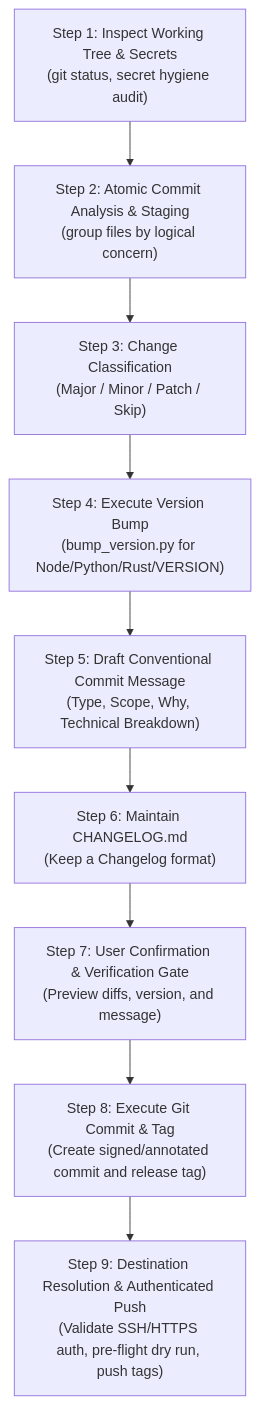
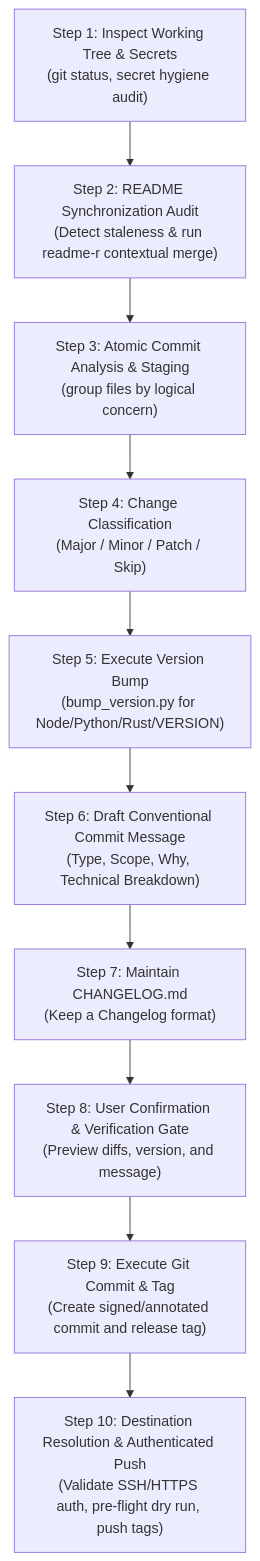
One commit to kemaltombul/committer-skill changed the diagram in README.md. Above: the diagram before and after it, drawn with Mermaid. The commit also changed other lines of this file and 2 other files, not shown here.

First line of the commit message:
feat(committer): integrate readme-r documentation synchronization gate

````diff
--- a/README.md
+++ b/README.md
@@ -54,11 +55,12 @@
 ```mermaid
 flowchart TD
-    A["Step 1: Inspect Working Tree & Secrets\n(git status, secret hygiene audit)"] --> B["Step 2: Atomic Commit Analysis & Staging\n(group files by logical concern)"]
-    B --> C["Step 3: Change Classification\n(Major / Minor / Patch / Skip)"]
-    C --> D["Step 4: Execute Version Bump\n(bump_version.py for Node/Python/Rust/VERSION)"]
-    D --> E["Step 5: Draft Conventional Commit Message\n(Type, Scope, Why, Technical Breakdown)"]
-    E --> F["Step 6: Maintain CHANGELOG.md\n(Keep a Changelog format)"]
-    F --> G["Step 7: User Confirmation & Verification Gate\n(Preview diffs, version, and message)"]
-    G --> H["Step 8: Execute Git Commit & Tag\n(Create signed/annotated commit and release tag)"]
-    H --> I["Step 9: Destination Resolution & Authenticated Push\n(Validate SSH/HTTPS auth, pre-flight dry run, push tags)"]
+    A["Step 1: Inspect Working Tree & Secrets\n(git status, secret hygiene audit)"] --> B["Step 2: README Synchronization Audit\n(Detect staleness & run readme-r contextual merge)"]
+    B --> C["Step 3: Atomic Commit Analysis & Staging\n(group files by logical concern)"]
+    C --> D["Step 4: Change Classification\n(Major / Minor / Patch / Skip)"]
+    D --> E["Step 5: Execute Version Bump\n(bump_version.py for Node/Python/Rust/VERSION)"]
+    E --> F["Step 6: Draft Conventional Commit Message\n(Type, Scope, Why, Technical Breakdown)"]
+    F --> G["Step 7: Maintain CHANGELOG.md\n(Keep a Changelog format)"]
+    G --> H["Step 8: User Confirmation & Verification Gate\n(Preview diffs, version, and message)"]
+    H --> I["Step 9: Execute Git Commit & Tag\n(Create signed/annotated commit and release tag)"]
+    I --> J["Step 10: Destination Resolution & Authenticated Push\n(Validate SSH/HTTPS auth, pre-flight dry run, push tags)"]
 ```
````
